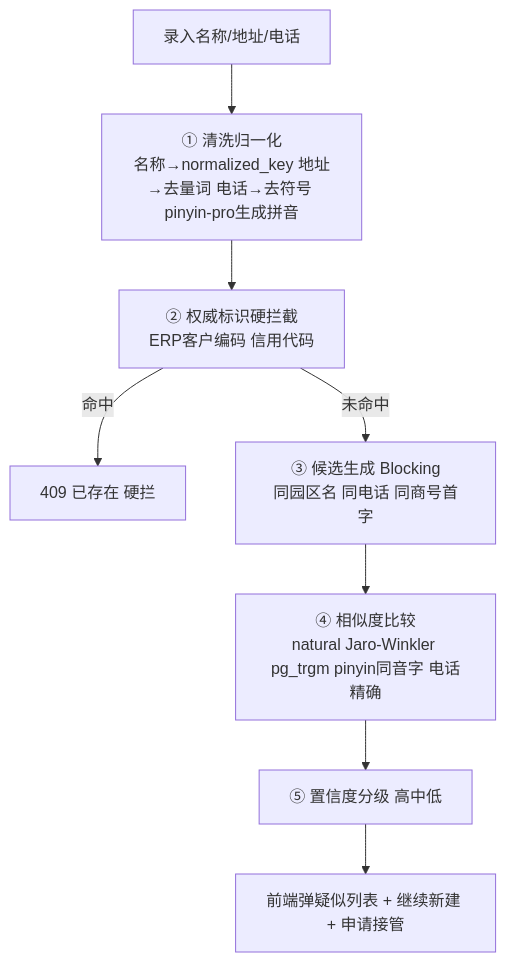
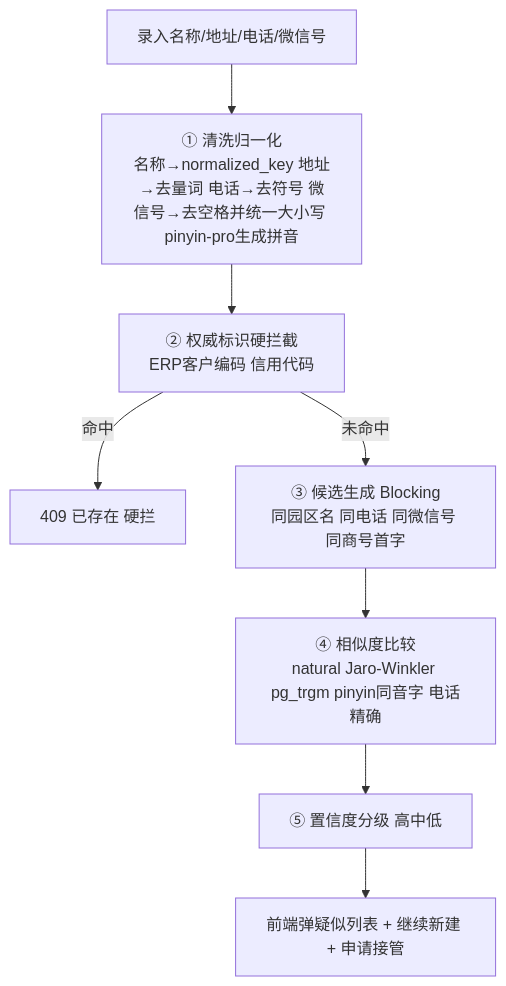
Before and after one commit to lixiname/LITECRM: the eighth of 26 diagrams in docs/01-当前有效/重构架构决策与实施蓝图.md, drawn with Mermaid. The commit also changed other lines of this file and 25 other files, not shown here.

````diff
--- a/docs/01-当前有效/重构架构决策与实施蓝图.md
+++ b/docs/01-当前有效/重构架构决策与实施蓝图.md
@@ -905,10 +906,10 @@
 ```mermaid
 flowchart TD
-    A[录入名称/地址/电话] --> B[① 清洗归一化<br/>名称→normalized_key 地址→去量词 电话→去符号 pinyin-pro生成拼音]
+    A[录入名称/地址/电话/微信号] --> B[① 清洗归一化<br/>名称→normalized_key 地址→去量词 电话→去符号 微信号→去空格并统一大小写 pinyin-pro生成拼音]
     B --> C[② 权威标识硬拦截<br/>ERP客户编码 信用代码]
     C -->|命中| D[409 已存在 硬拦]
-    C -->|未命中| E[③ 候选生成 Blocking<br/>同园区名 同电话 同商号首字]
+    C -->|未命中| E[③ 候选生成 Blocking<br/>同园区名 同电话 同微信号 同商号首字]
     E --> F[④ 相似度比较<br/>natural Jaro-Winkler pg_trgm pinyin同音字 电话精确]
     F --> G[⑤ 置信度分级 高中低]
     G --> H[前端弹疑似列表 + 继续新建 + 申请接管]
 ```
````
